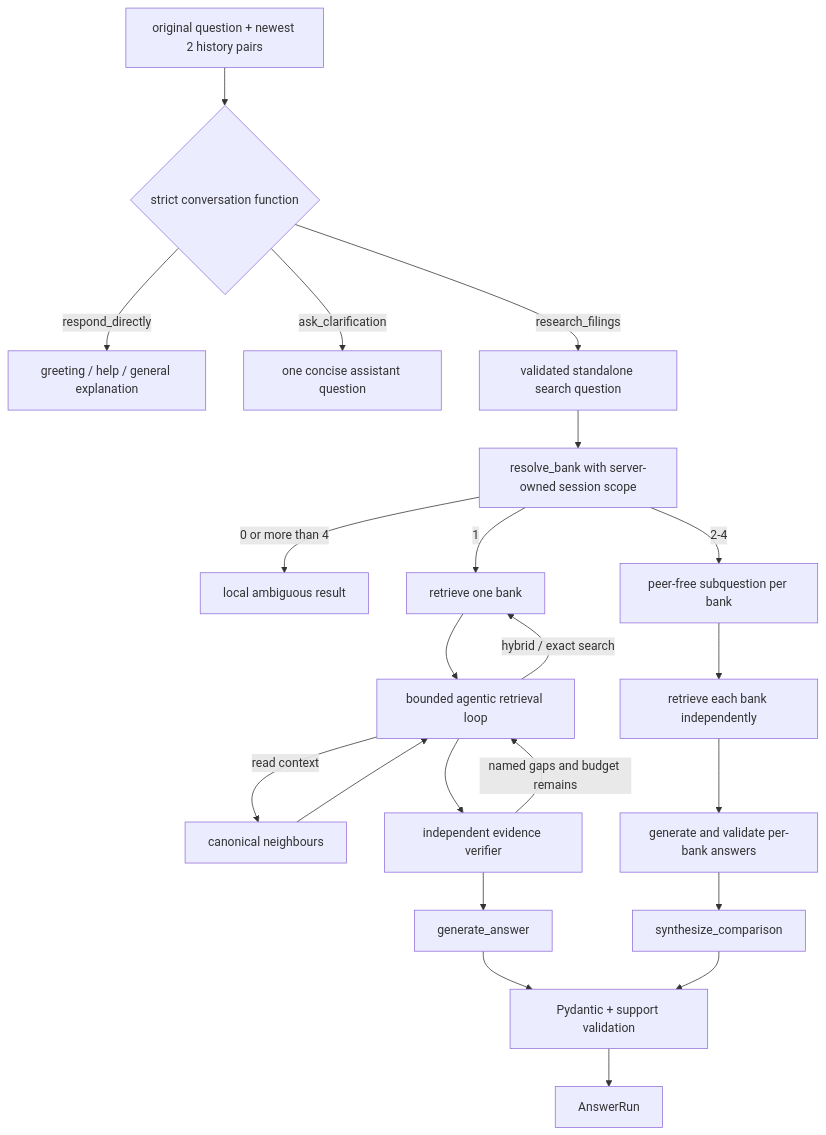
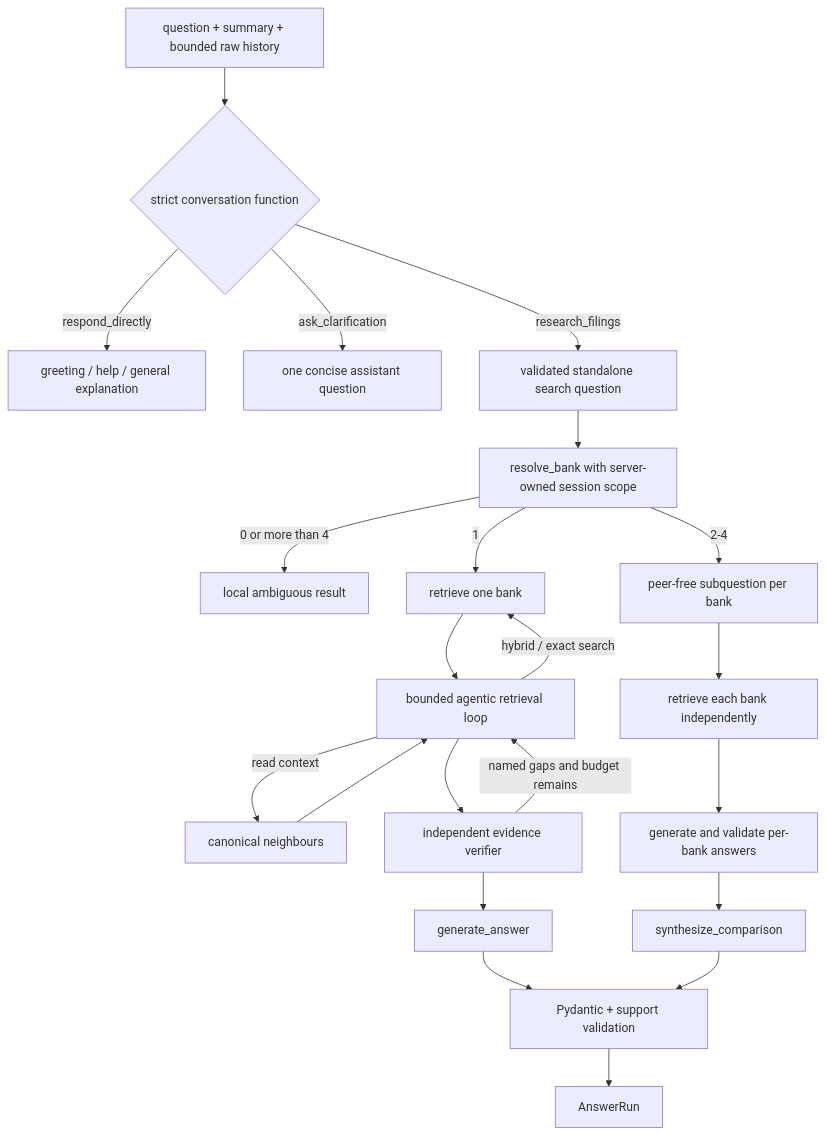
Before and after one commit to nikolabakic/Banking-Technology-and-Operational-Risk-Intelligence-Assistant: the diagram in src/bankscope/generation/README.md, drawn with Mermaid. The commit also changed other lines of this file and 45 other files, not shown here.

````diff
--- a/src/bankscope/generation/README.md
+++ b/src/bankscope/generation/README.md
@@ -5,24 +5,24 @@
 ```mermaid
 flowchart TD
-    Question[original question + newest 2 history pairs] --> FrontDoor{strict conversation function}
+    Question[question + summary + bounded raw history] --> FrontDoor{strict conversation function}
     FrontDoor -->|respond_directly| General[greeting / help / general explanation]
     FrontDoor -->|ask_clarification| Clarify[one concise assistant question]
     FrontDoor -->|research_filings| Context[validated standalone search question]
     Context --> Resolve[resolve_bank with server-owned session scope]
     Resolve -->|0 or more than 4| Ambiguous[local ambiguous result]
     Resolve -->|1| One[retrieve one bank]
     Resolve -->|2-4| Decompose[peer-free subquestion per bank]
     Decompose --> Many[retrieve each bank independently]
     One --> Loop[bounded agentic retrieval loop]
     Loop -->|hybrid / exact search| One
     Loop -->|read context| Expand[canonical neighbours]
     Expand --> Loop
     Loop --> Verify[independent evidence verifier]
     Verify -->|named gaps and budget remains| Loop
     Verify --> Generate[generate_answer]
     Many --> PerBank[generate and validate per-bank answers]
     PerBank --> Synthesize[synthesize_comparison]
     Generate --> Contract[Pydantic + support validation]
     Synthesize --> Contract
     Contract --> Result[AnswerRun]
 ```
````
